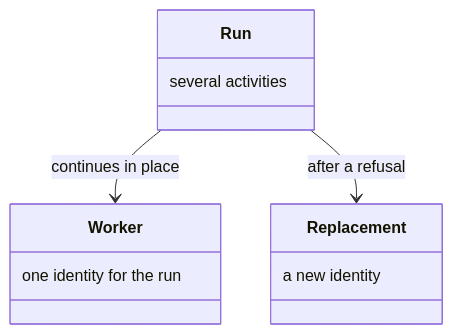
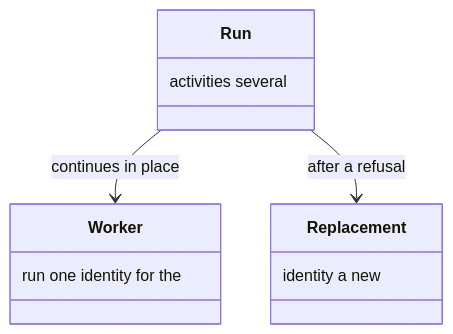
The eighth of 18 diagrams in docs/dispatch.md (m2ux/workflow-server), drawn with Mermaid before and after one commit. The commit also changed other lines of this file and 13 other files, not shown here.

````diff
--- a/docs/dispatch.md
+++ b/docs/dispatch.md
@@ -132,14 +132,14 @@
 ```mermaid
 classDiagram
   class Run {
-    several activities
+    activities several
   }
   class Worker {
-    one identity for the run
+    run one identity for the
   }
   class Replacement {
-    a new identity
+    identity a new
   }
   Run --> Worker : continues in place
   Run --> Replacement : after a refusal
 ```
````
